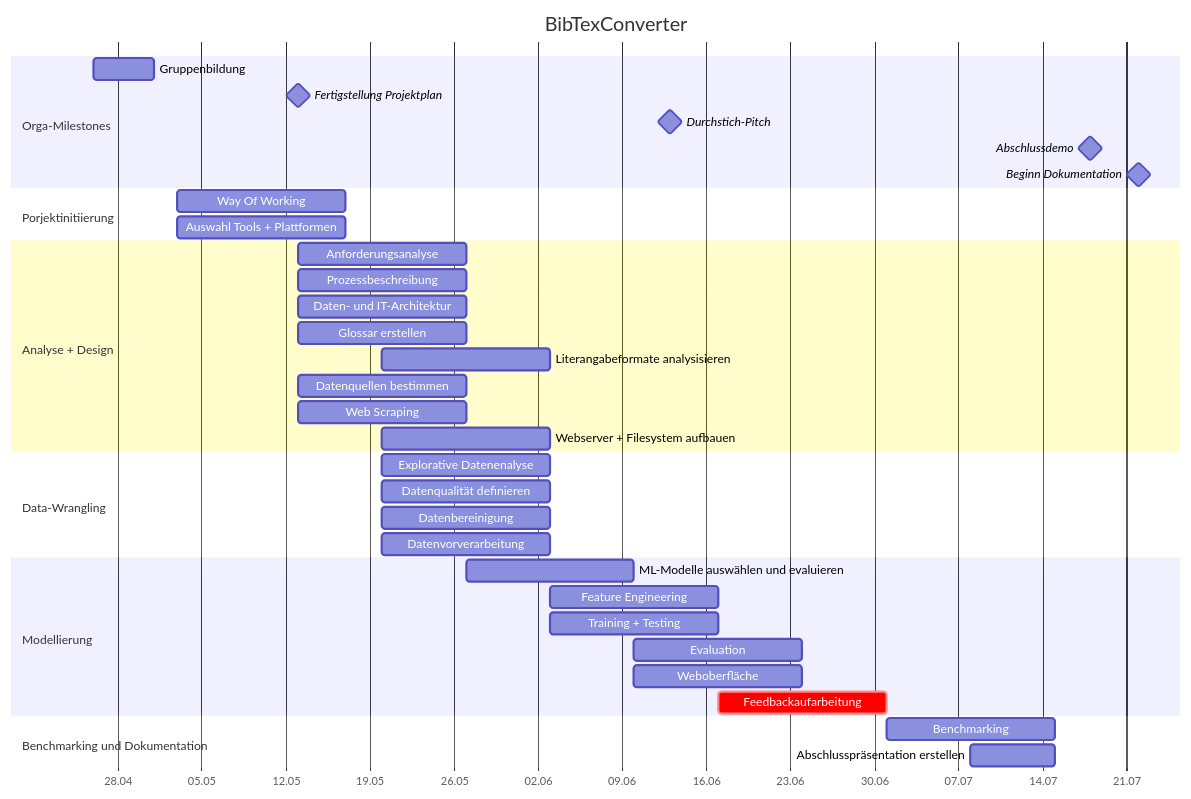
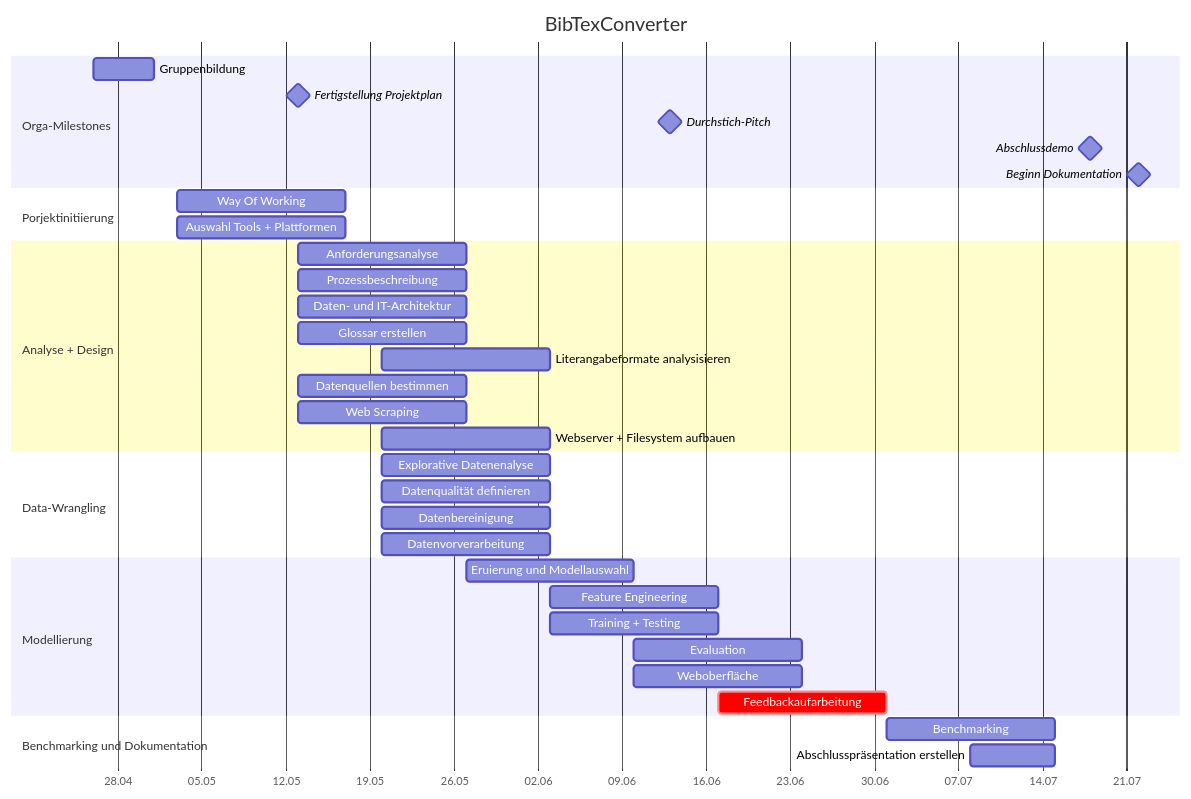
Before and after one commit to LaGit93/bibTexConverter_FaPra63065: the diagram in README.md, drawn with Mermaid.

```diff
--- a/README.md
+++ b/README.md
@@ -107,7 +107,7 @@
     
     section Modellierung
 
-        ML-Modelle auswählen und evaluieren : P9, 27.05.2024, 14d
+        Eruierung und Modellauswahl : P9, 27.05.2024, 14d
         Feature Engineering : P9, 03.06.2024, 14d
         Training + Testing : P9, 03.06.2024, 14d
         Evaluation : P9, 10.06.2024, 14d
```
